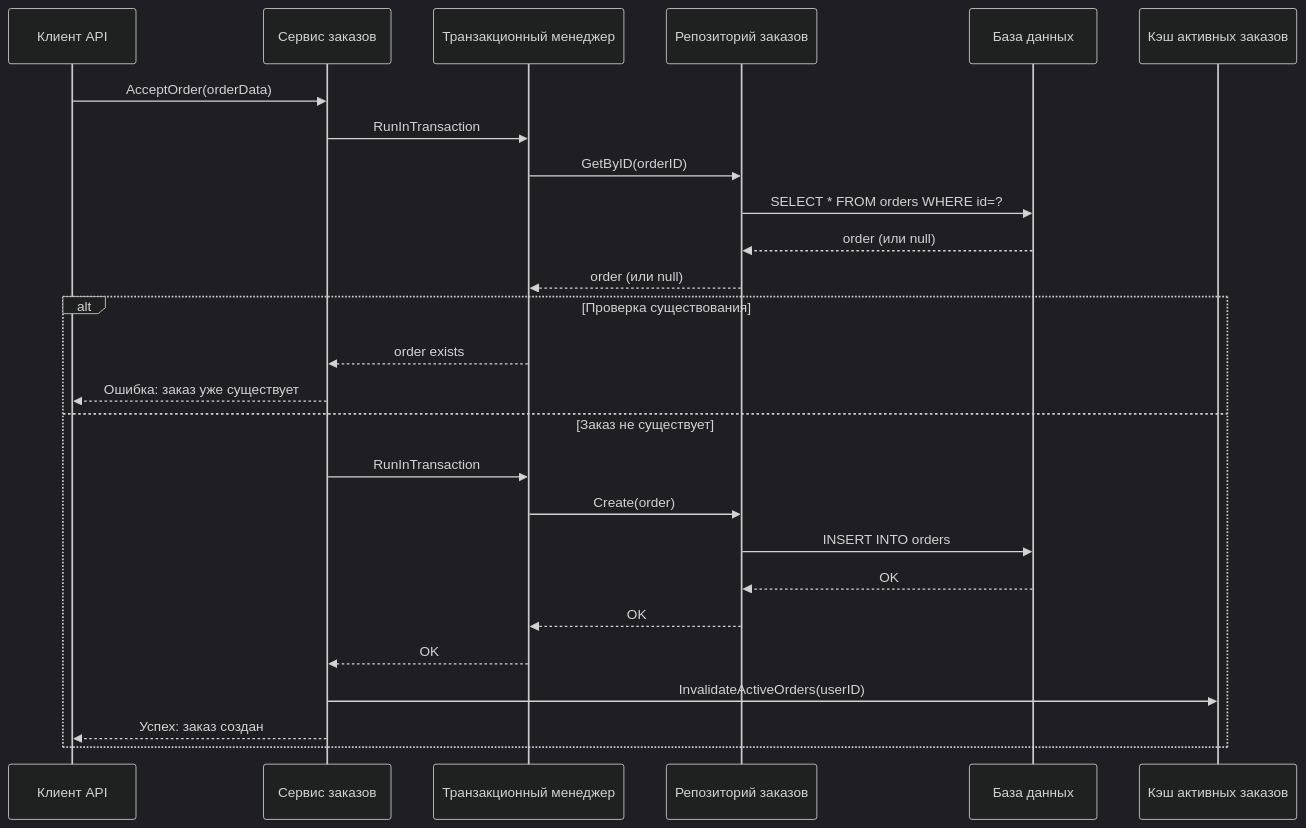
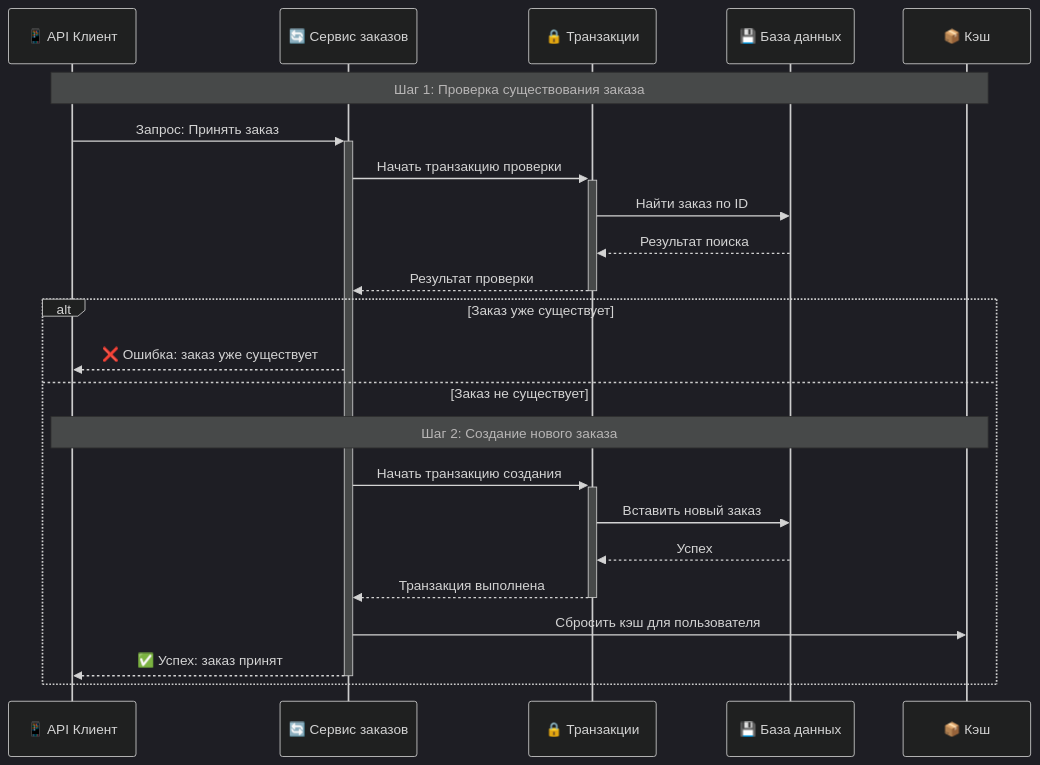
One commit to Gorney-Alex/QueueFightersGameWinForm changed the first of 4 diagrams in README.md. Above: the diagram before and after it, drawn with Mermaid (dark theme). The commit also changed other lines of this file, not shown here.

````diff
--- a/README.md
+++ b/README.md
@@ -15,30 +15,30 @@
 ```mermaid
 sequenceDiagram
-    participant Client as Клиент API
-    participant Service as Сервис заказов
-    participant TxManager as Транзакционный менеджер
-    participant Repo as Репозиторий заказов
-    participant DB as База данных
-    participant Cache as Кэш активных заказов
+    participant Client as 📱 API Клиент
+    participant Service as 🔄 Сервис заказов
+    participant TxManager as 🔒 Транзакции
+    participant DB as 💾 База данных
+    participant Cache as 📦 Кэш
 
-    Client->>Service: AcceptOrder(orderData)
-    Service->>TxManager: RunInTransaction
-    TxManager->>Repo: GetByID(orderID)
-    Repo->>DB: SELECT * FROM orders WHERE id=?
-    DB-->>Repo: order (или null)
-    Repo-->>TxManager: order (или null)
+    Note over Client,Cache: Шаг 1: Проверка существования заказа
     
-    alt Проверка существования
-        TxManager-->>Service: order exists
-        Service-->>Client: Ошибка: заказ уже существует
+    Client->>+Service: Запрос: Принять заказ
+    Service->>+TxManager: Начать транзакцию проверки
+    TxManager->>DB: Найти заказ по ID
+    DB-->>TxManager: Результат поиска
+    TxManager-->>-Service: Результат проверки
+    
+    alt Заказ уже существует
+        Service-->>Client: ❌ Ошибка: заказ уже существует
     else Заказ не существует
-        Service->>TxManager: RunInTransaction
-        TxManager->>Repo: Create(order)
-        Repo->>DB: INSERT INTO orders
-        DB-->>Repo: OK
-        Repo-->>TxManager: OK
-        TxManager-->>Service: OK
-        Service->>Cache: InvalidateActiveOrders(userID)
-        Service-->>Client: Успех: заказ создан
+        Note over Client,Cache: Шаг 2: Создание нового заказа
+        
+        Service->>+TxManager: Начать транзакцию создания
+        TxManager->>DB: Вставить новый заказ
+        DB-->>TxManager: Успех
+        TxManager-->>-Service: Транзакция выполнена
+        
+        Service->>Cache: Сбросить кэш для пользователя
+        Service-->>-Client: ✅ Успех: заказ принят
     end
 ```
````
